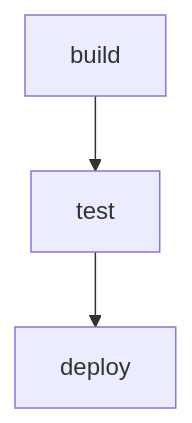
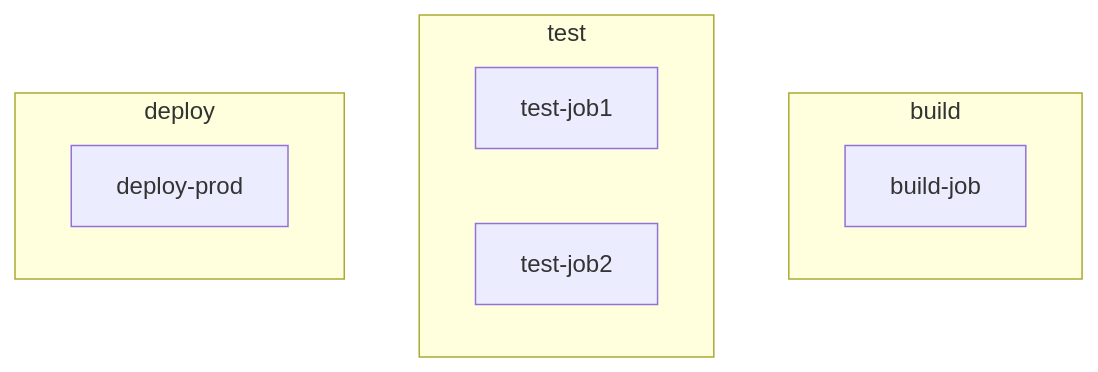
The diagram in exemples/1.md (Pixselve/gitlab-pipeline-to-md), drawn with Mermaid before and after one commit. The commit also changed 5 other files, not shown here.

````diff
--- a/exemples/1.md
+++ b/exemples/1.md
@@ -1,4 +1,14 @@
 ```mermaid
 flowchart TB
-build --> test --> deploy
+subgraph build
+    build-job
+    end
+subgraph test
+    test-job1
+test-job2
+    end
+subgraph deploy
+    deploy-prod
+    end
+
 ```
````
